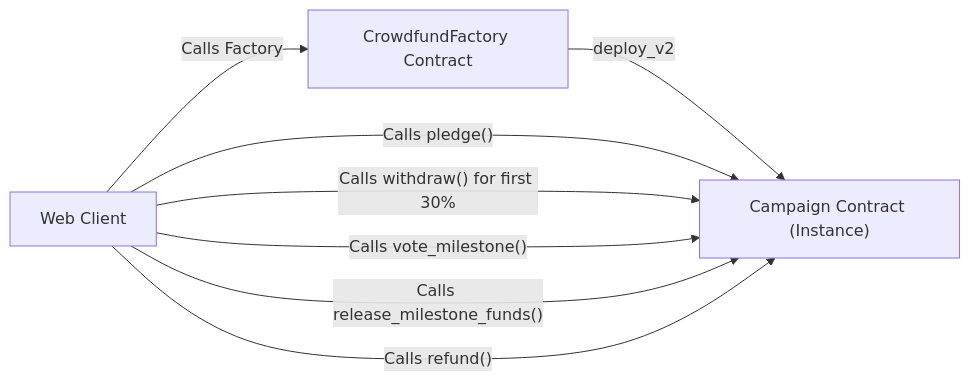
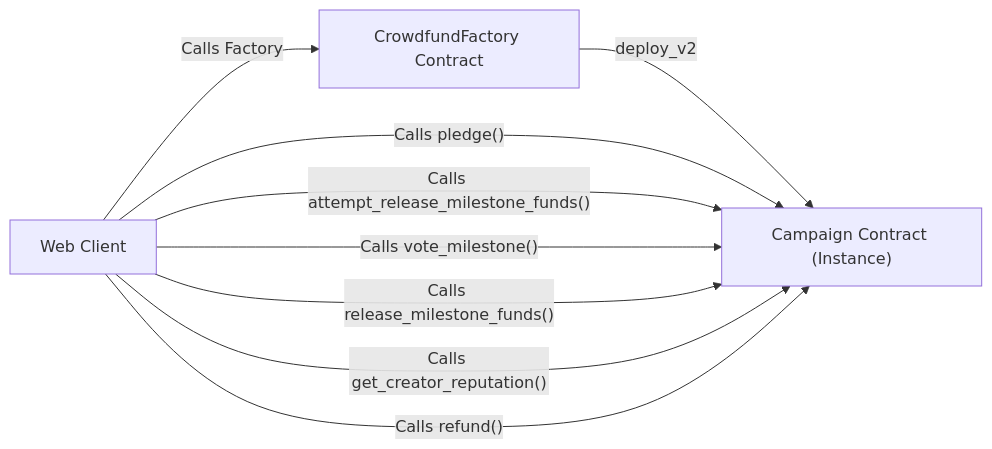
One commit to thisisouvik/Fundr changed the second of 2 diagrams in README.md. Above: the diagram before and after it, drawn with Mermaid. The commit also changed other lines of this file, not shown here.

Commit message:
feat: Update README with new Next.js version, on-chain creator reputation logic, and milestone fund release details

````diff
--- a/README.md
+++ b/README.md
@@ -213,10 +226,11 @@
 ```mermaid
 graph LR;
     A["Web Client"] -->|Calls Factory| B["CrowdfundFactory Contract"];
     B -->|deploy_v2| C["Campaign Contract (Instance)"];
     A -->|"Calls pledge()"| C;
-    A -->|"Calls withdraw() for first 30%"| C;
+  A -->|"Calls attempt_release_milestone_funds()"| C;
     A -->|"Calls vote_milestone()"| C;
     A -->|"Calls release_milestone_funds()"| C;
+  A -->|"Calls get_creator_reputation()"| C;
     A -->|"Calls refund()"| C;
 ```
````
